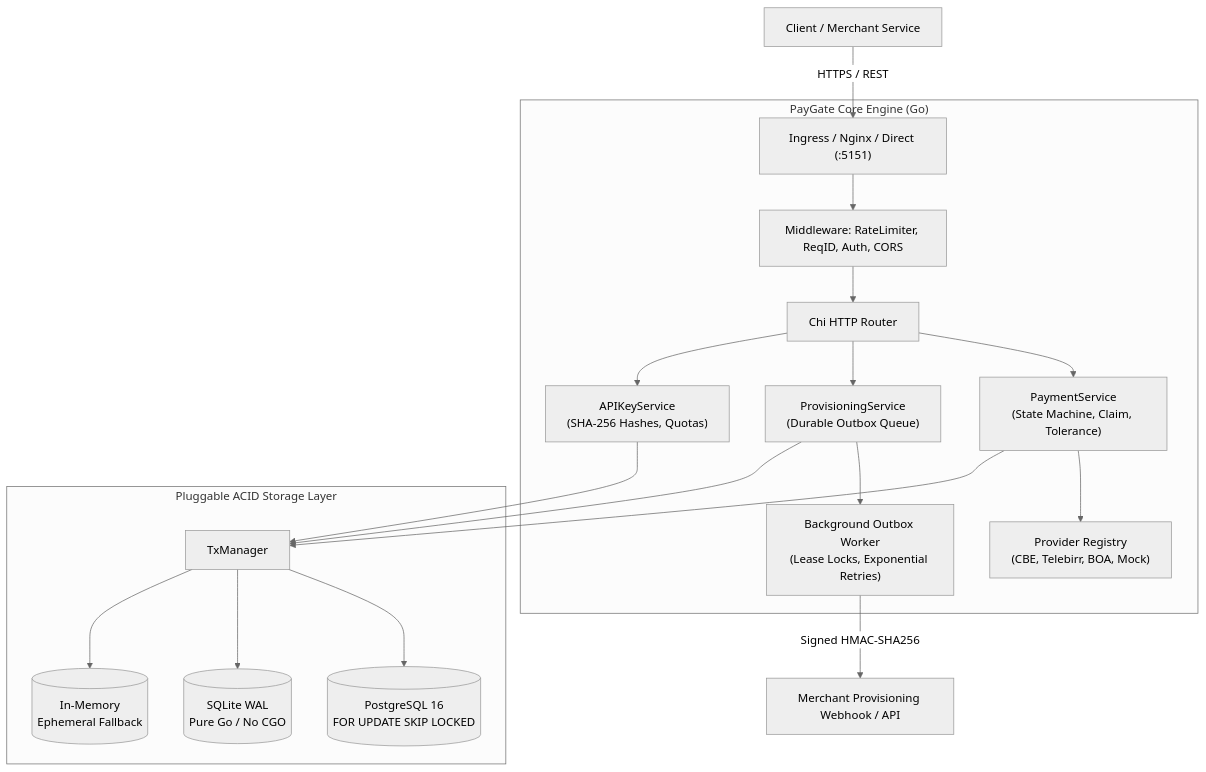
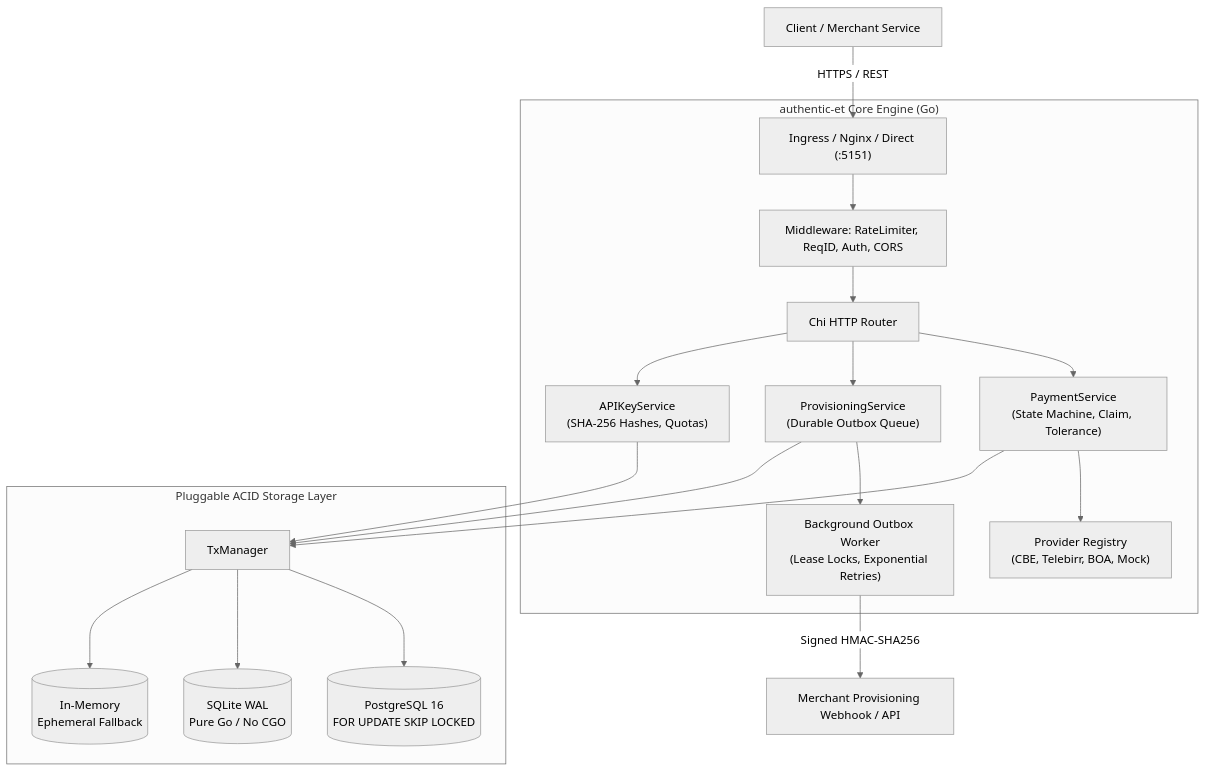
One commit to FransiTsena/authentic-et changed the first of 2 diagrams in README.md. Above: the diagram before and after it, drawn with Mermaid (neutral theme). The commit also changed other lines of this file and 76 other files, not shown here.

````diff
--- a/README.md
+++ b/README.md
@@ -69,24 +69,24 @@
 ```mermaid
 flowchart TD
     Client["Client / Merchant Service"] -->|HTTPS / REST| Ingress["Ingress / Nginx / Direct (:5151)"]
     
-    subgraph Core ["PayGate Core Engine (Go)"]
+    subgraph Core ["authentic-et Core Engine (Go)"]
         Ingress --> MW["Middleware: RateLimiter, ReqID, Auth, CORS"]
         MW --> Router["Chi HTTP Router"]
         Router --> PS["PaymentService\n(State Machine, Claim, Tolerance)"]
         Router --> PrS["ProvisioningService\n(Durable Outbox Queue)"]
         Router --> KS["APIKeyService\n(SHA-256 Hashes, Quotas)"]
         
         PS --> Providers["Provider Registry\n(CBE, Telebirr, BOA, Mock)"]
         PrS --> Worker["Background Outbox Worker\n(Lease Locks, Exponential Retries)"]
     end
     
     subgraph Storage ["Pluggable ACID Storage Layer"]
         PS & PrS & KS --> TxM["TxManager"]
         TxM --> PG[("PostgreSQL 16\nFOR UPDATE SKIP LOCKED")]
         TxM --> SL[("SQLite WAL\nPure Go / No CGO")]
         TxM --> Mem[("In-Memory\nEphemeral Fallback")]
     end
     
     Worker -->|Signed HMAC-SHA256| Downstream["Merchant Provisioning Webhook / API"]
 ```
````
